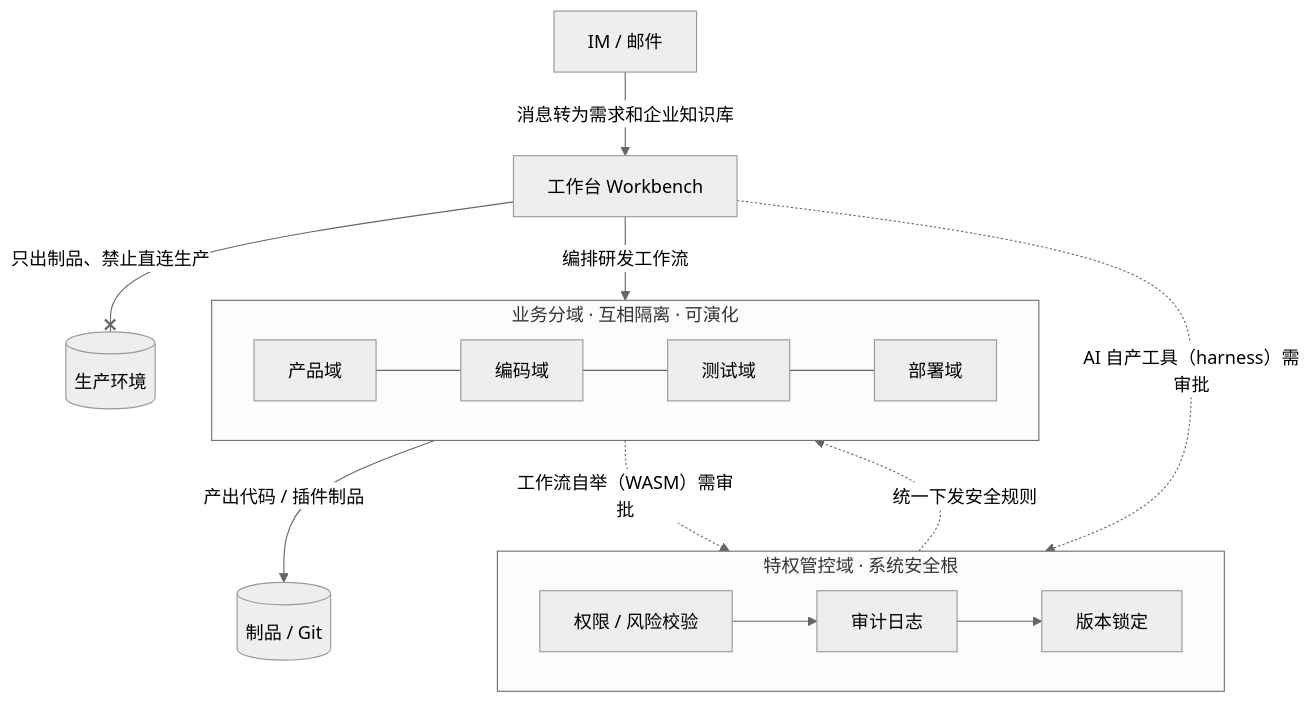
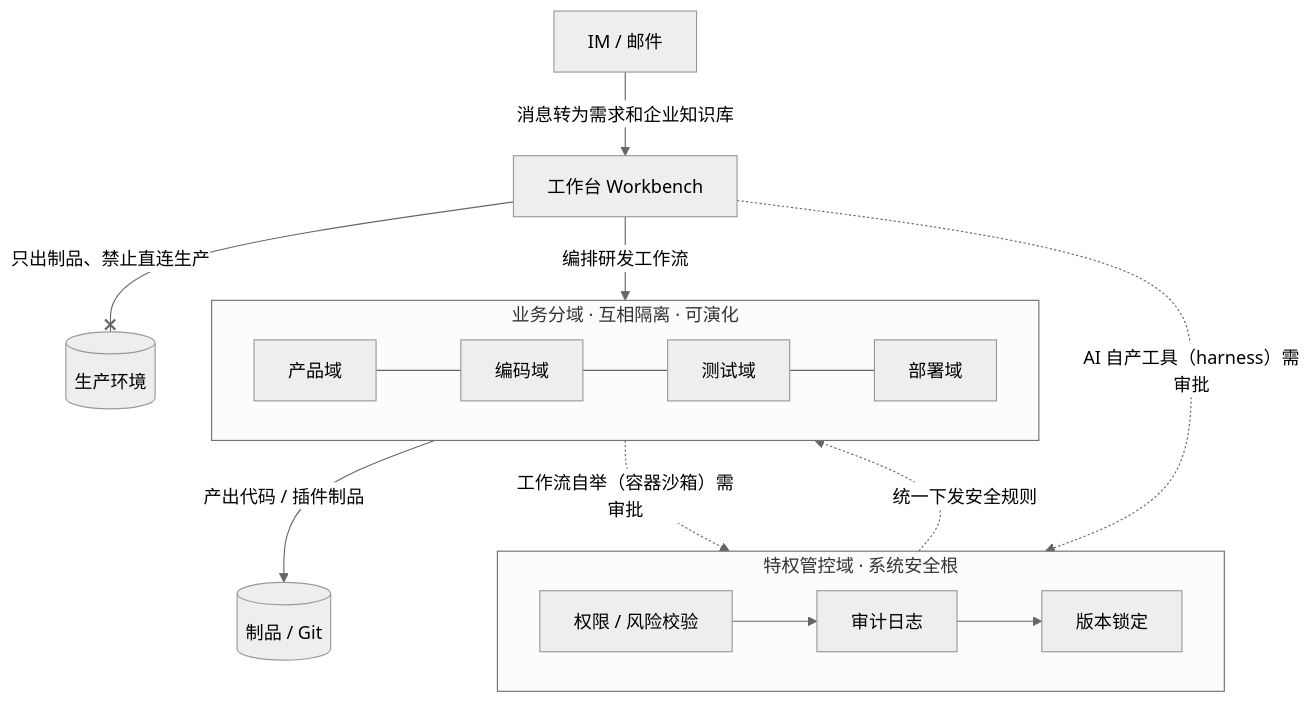
Before and after one commit to CanWeakerWriteStrongCode/DolphinMind: the diagram in README.md, drawn with Mermaid (neutral theme). The commit also changed other lines of this file and 5 other files, not shown here.

````diff
--- a/README.md
+++ b/README.md
@@ -41,23 +41,23 @@
 ```mermaid
 flowchart TD
     subgraph GOV[特权管控域 · 系统安全根]
         direction LR
         P[权限 / 风险校验] --> A[审计日志]
         A --> L[版本锁定]
     end
 
     IM[IM / 邮件] -->|消息转为需求和企业知识库| WB[工作台 Workbench]
 
     subgraph BIZ[业务分域 · 互相隔离 · 可演化]
         direction LR
         D1[产品域] --- D2[编码域] --- D3[测试域] --- D4[部署域]
     end
 
     WB -->|编排研发工作流| BIZ
     BIZ -->|产出代码 / 插件制品| GIT[(制品 / Git)]
 
     WB -. AI 自产工具（harness）需审批 .-> GOV
-    BIZ -. 工作流自举（WASM）需审批 .-> GOV
+    BIZ -. 工作流自举（容器沙箱）需审批 .-> GOV
     GOV -. 统一下发安全规则 .-> BIZ
     WB --x|只出制品、禁止直连生产| PROD[(生产环境)]
 ```
````
